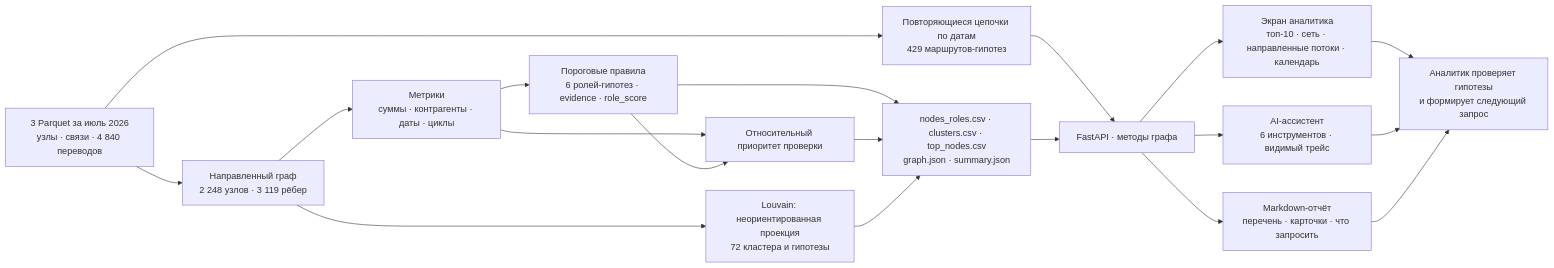
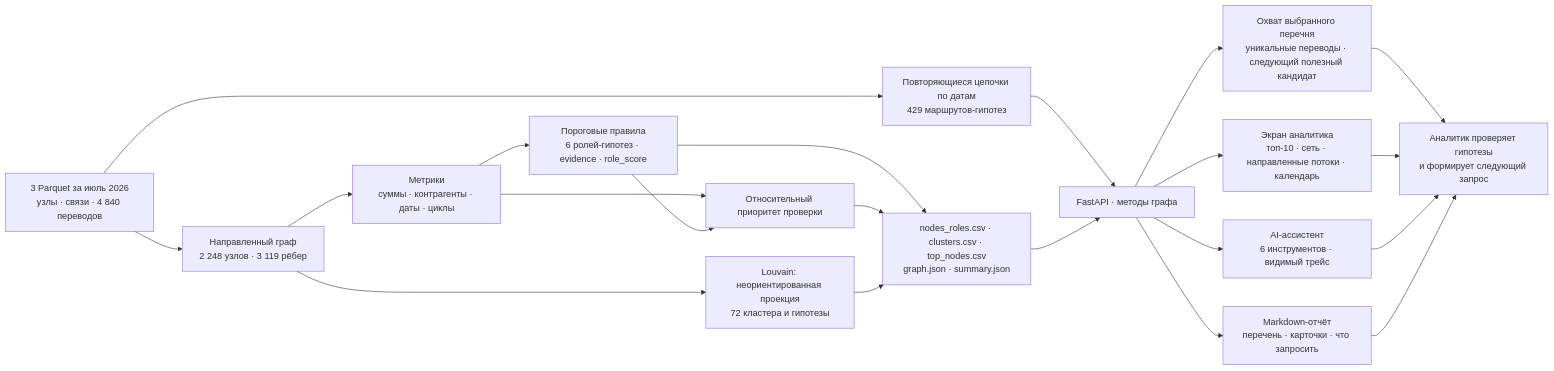
The diagram in docs/SCHEME.md (BAITC-Hacks/hack-b18c30d4-kazhydromet-ai), drawn with Mermaid before and after one commit. The commit also changed 18 other files, not shown here.

````diff
--- a/docs/SCHEME.md
+++ b/docs/SCHEME.md
@@ -3,21 +3,23 @@
 ```mermaid
 flowchart LR
     A[3 Parquet за июль 2026<br/>узлы · связи · 4 840 переводов] --> B[Направленный граф<br/>2 248 узлов · 3 119 рёбер]
     B --> C[Метрики<br/>суммы · контрагенты · даты · циклы]
     C --> D[Пороговые правила<br/>6 ролей-гипотез · evidence · role_score]
     C --> P[Относительный приоритет проверки]
     D --> P
     B --> L[Louvain: неориентированная проекция<br/>72 кластера и гипотезы]
     D --> O[nodes_roles.csv · clusters.csv · top_nodes.csv<br/>graph.json · summary.json]
     A --> X[Повторяющиеся цепочки по датам<br/>429 маршрутов-гипотез]
     X --> F
     P --> O
     L --> O
     O --> F[FastAPI · методы графа]
     F --> U[Экран аналитика<br/>топ-10 · сеть · направленные потоки · календарь]
     F --> I[AI-ассистент<br/>6 инструментов · видимый трейс]
     F --> R[Markdown-отчёт<br/>перечень · карточки · что запросить]
+    F --> V[Охват выбранного перечня<br/>уникальные переводы · следующий полезный кандидат]
+    V --> H
     U --> H[Аналитик проверяет гипотезы<br/>и формирует следующий запрос]
     I --> H
     R --> H
 ```
````
